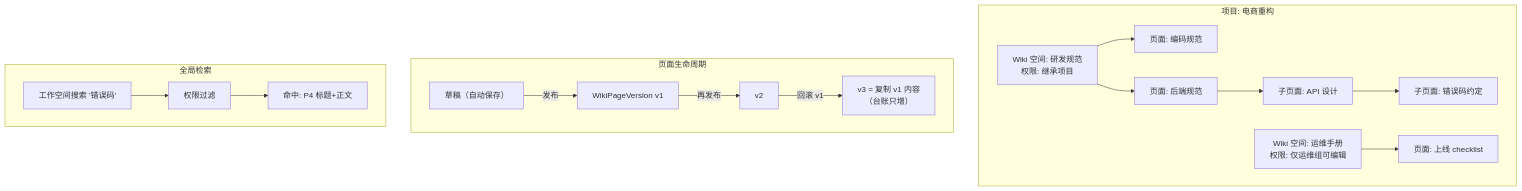
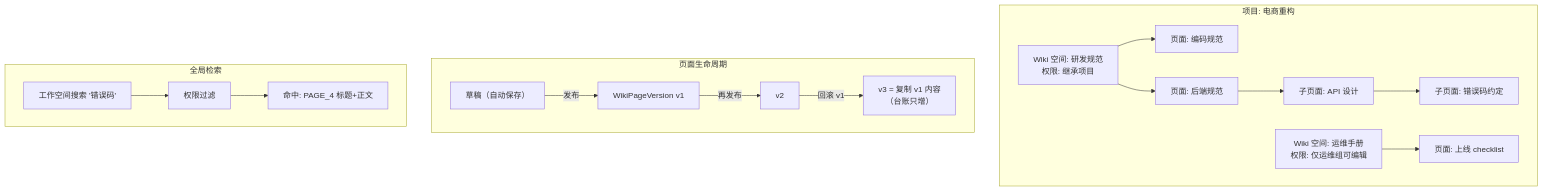
One commit to RabbitAI-Lab/RabbitProjects changed the first of 3 diagrams in docs/sprint-9-enterprise-portfolio/FILE-005-wiki.md. Above: the diagram before and after it, drawn with Mermaid. The commit also changed other lines of this file and 5 other files, not shown here.

````diff
--- a/docs/sprint-9-enterprise-portfolio/FILE-005-wiki.md
+++ b/docs/sprint-9-enterprise-portfolio/FILE-005-wiki.md
@@ -80,20 +80,20 @@
 ```mermaid
 flowchart TB
     subgraph PROJ["项目: 电商重构"]
         S1["Wiki 空间: 研发规范<br/>权限: 继承项目"]
         S2["Wiki 空间: 运维手册<br/>权限: 仅运维组可编辑"]
         S1 --> P1["页面: 编码规范"]
         S1 --> P2["页面: 后端规范"]
         P2 --> P3["子页面: API 设计"]
-        P3 --> P4["子页面: 错误码约定"]
+        P3 --> PAGE_4["子页面: 错误码约定"]
         S2 --> P5["页面: 上线 checklist"]
     end
     subgraph LIFE["页面生命周期"]
         D["草稿（自动保存）"] -->|发布| V1["WikiPageVersion v1"]
         V1 -->|再发布| V2["v2"]
         V2 -->|回滚 v1| V3["v3 = 复制 v1 内容<br/>（台账只增）"]
     end
     subgraph SEARCH["全局检索"]
-        Q["工作空间搜索 '错误码'"] --> F["权限过滤"] --> R["命中: P4 标题+正文"]
+        Q["工作空间搜索 '错误码'"] --> F["权限过滤"] --> R["命中: PAGE_4 标题+正文"]
     end
 ```
````
